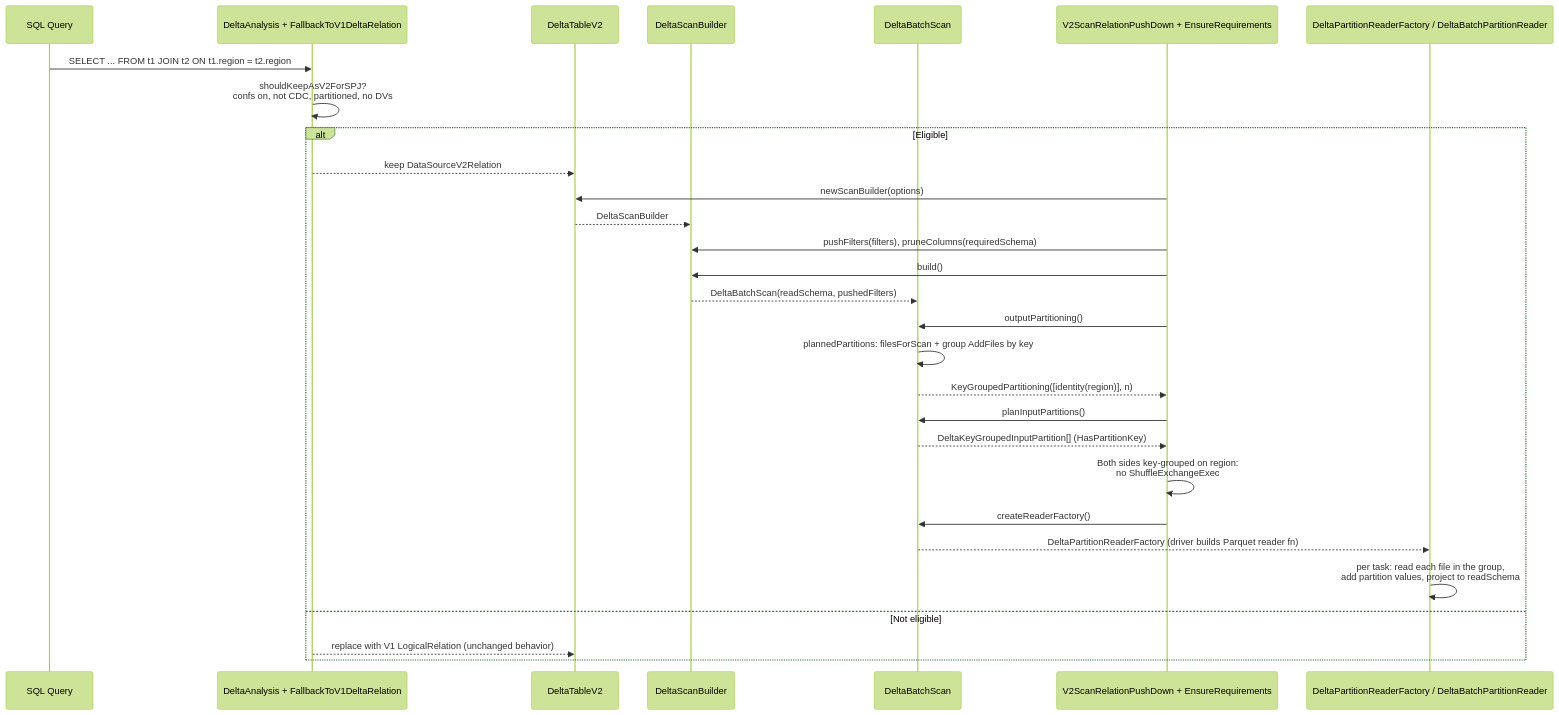
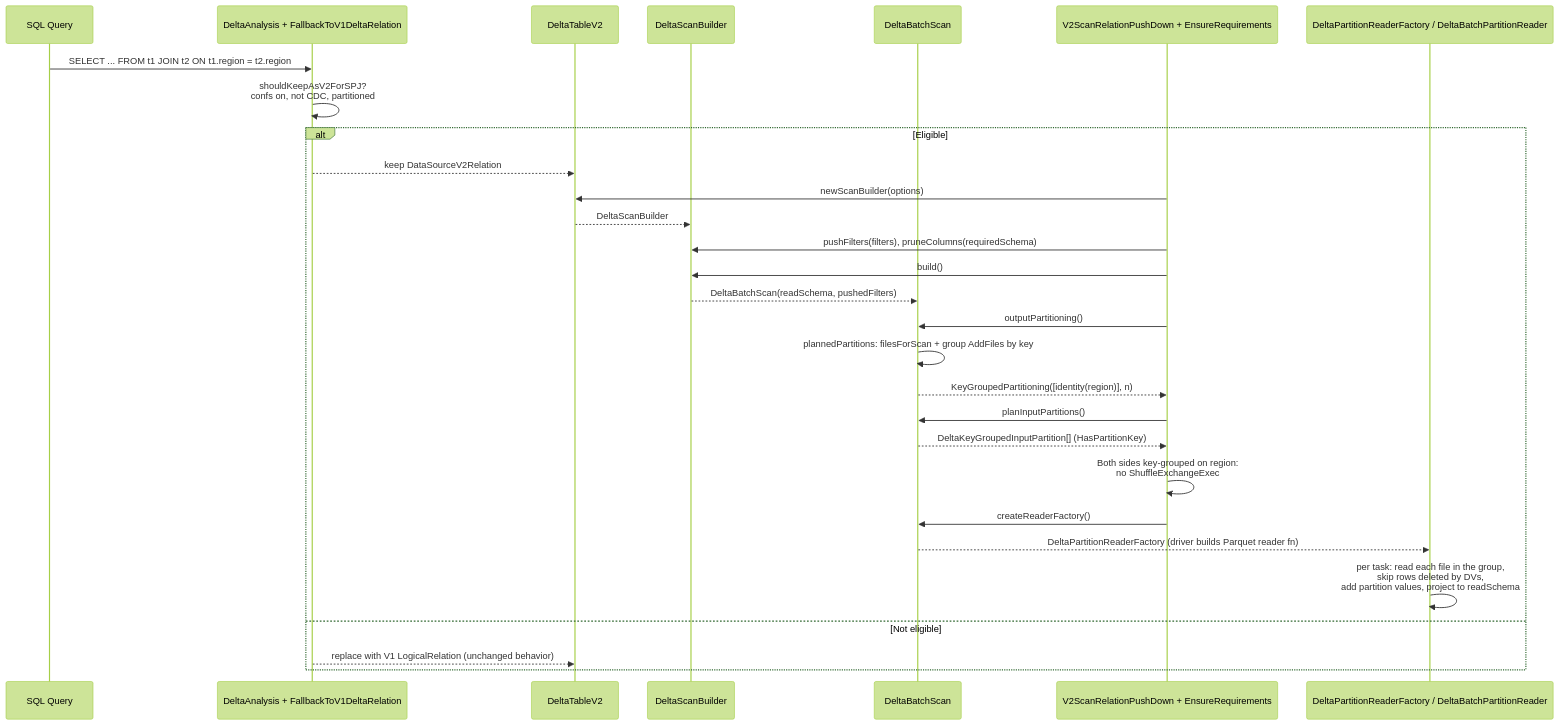
The first of 2 diagrams in STORAGE_PARTITIONED_JOIN.md (warrenzhu25/delta), drawn with Mermaid (forest theme) before and after one commit. The commit also changed other lines of this file and 5 other files, not shown here.

````diff
--- a/STORAGE_PARTITIONED_JOIN.md
+++ b/STORAGE_PARTITIONED_JOIN.md
@@ -110,32 +113,32 @@
 ```mermaid
 sequenceDiagram
     participant User as SQL Query
     participant Analysis as DeltaAnalysis + FallbackToV1DeltaRelation
     participant TableV2 as DeltaTableV2
     participant Builder as DeltaScanBuilder
     participant Scan as DeltaBatchScan
     participant Planner as V2ScanRelationPushDown + EnsureRequirements
     participant Exec as DeltaPartitionReaderFactory / DeltaBatchPartitionReader
 
     User->>Analysis: SELECT ... FROM t1 JOIN t2 ON t1.region = t2.region
-    Analysis->>Analysis: shouldKeepAsV2ForSPJ?<br/>confs on, not CDC, partitioned, no DVs
+    Analysis->>Analysis: shouldKeepAsV2ForSPJ?<br/>confs on, not CDC, partitioned
     alt Eligible
         Analysis-->>TableV2: keep DataSourceV2Relation
         Planner->>TableV2: newScanBuilder(options)
         TableV2-->>Builder: DeltaScanBuilder
         Planner->>Builder: pushFilters(filters), pruneColumns(requiredSchema)
         Planner->>Builder: build()
         Builder-->>Scan: DeltaBatchScan(readSchema, pushedFilters)
         Planner->>Scan: outputPartitioning()
         Scan->>Scan: plannedPartitions: filesForScan + group AddFiles by key
         Scan-->>Planner: KeyGroupedPartitioning([identity(region)], n)
         Planner->>Scan: planInputPartitions()
         Scan-->>Planner: DeltaKeyGroupedInputPartition[] (HasPartitionKey)
         Planner->>Planner: Both sides key-grouped on region:<br/>no ShuffleExchangeExec
         Planner->>Scan: createReaderFactory()
         Scan-->>Exec: DeltaPartitionReaderFactory (driver builds Parquet reader fn)
-        Exec->>Exec: per task: read each file in the group,<br/>add partition values, project to readSchema
+        Exec->>Exec: per task: read each file in the group,<br/>skip rows deleted by DVs,<br/>add partition values, project to readSchema
     else Not eligible
         Analysis-->>TableV2: replace with V1 LogicalRelation (unchanged behavior)
     end
 ```
````
